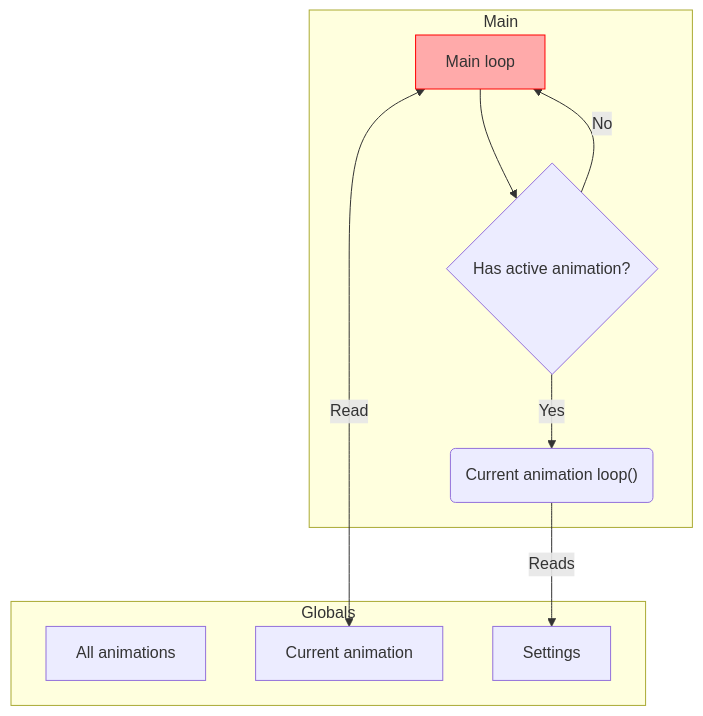
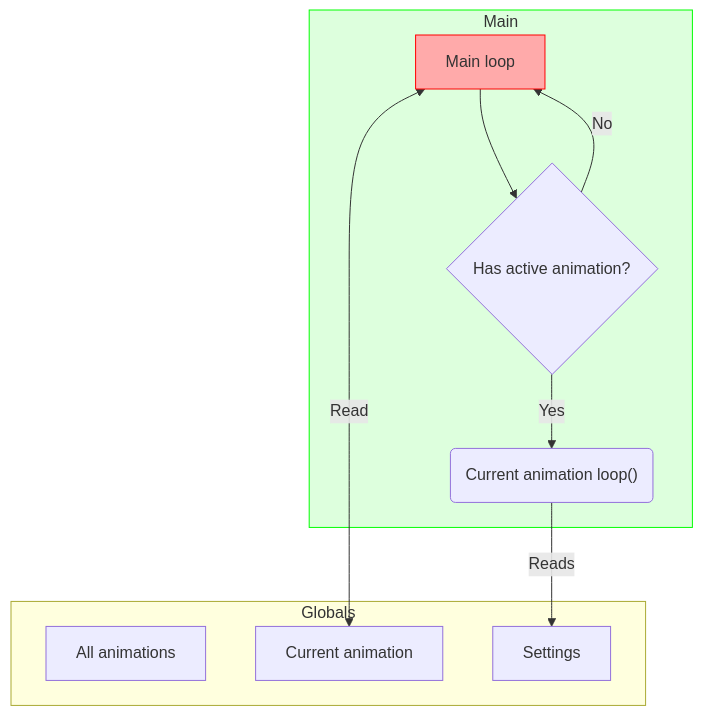
Before and after one commit to Edt-2000/Edt-2000-microcontrollers: the second of 6 diagrams in src/PowerBar/README.md, drawn with Mermaid. The commit also changed other lines of this file, not shown here.

````diff
--- a/src/PowerBar/README.md
+++ b/src/PowerBar/README.md
@@ -28,20 +38,21 @@
 ```mermaid
 flowchart TD
     subgraph Globals
     allAnimations[All animations]
     currentAnimation[Current animation]
     settings[Settings]
     end
 
     subgraph Main
+    style Main fill:#dfd,stroke:#0f0
     main[Main loop]
     main <-->|Read| currentAnimation
     
     main -->check{Has active animation?}
     style main fill:#faa,stroke:#f00
     check -->|Yes| animation("Current animation loop()")
     end
 
     animation -->|Reads| settings
     check -->|No| main
 ```
````
